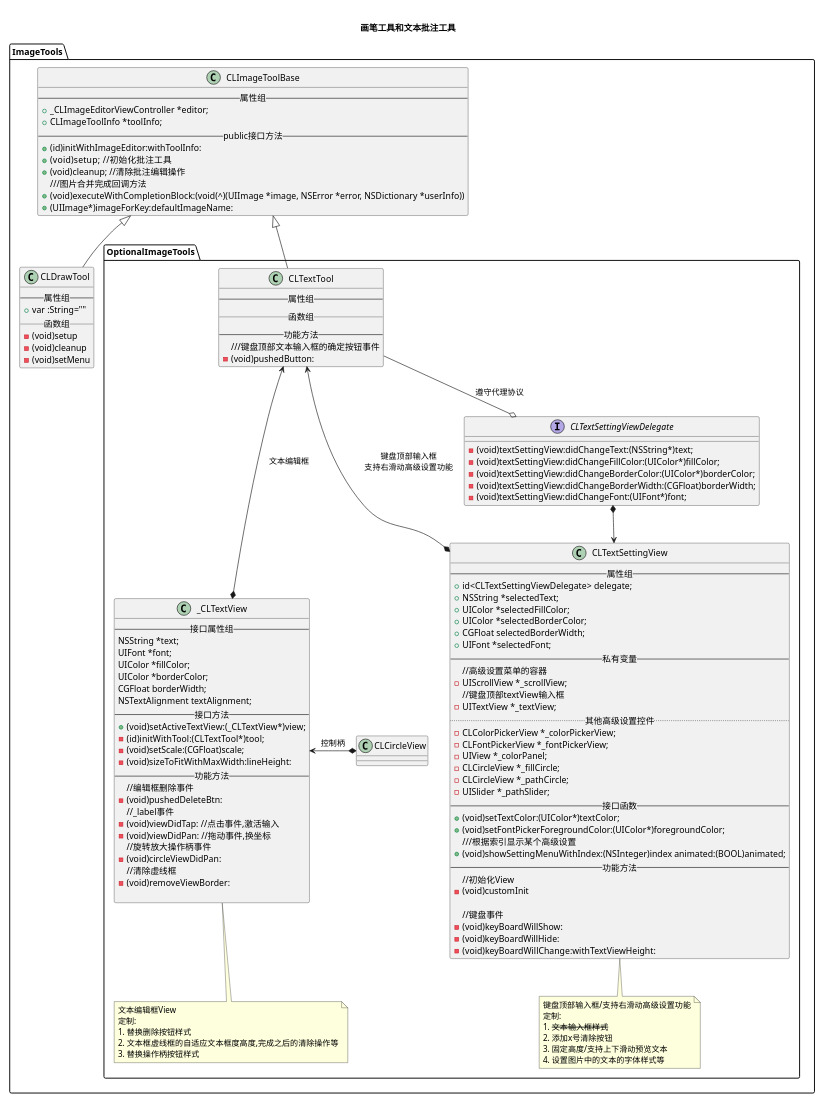
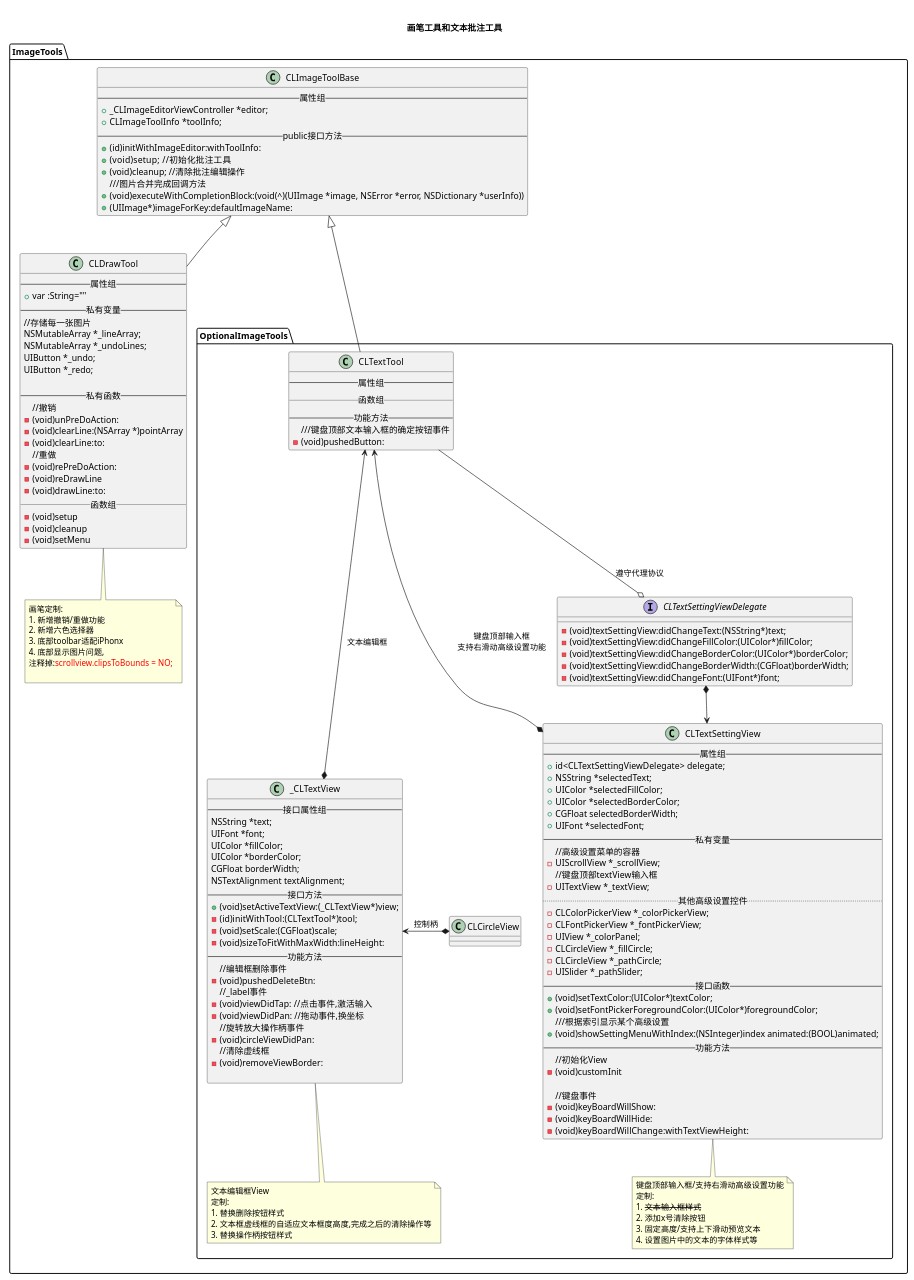
One commit to huos3203/blog changed the second of 3 diagrams in source/_drafts/定制开源的CLImageEditor图片编辑工具.md. Above: the diagram before and after it, drawn with PlantUML. The commit also changed other lines of this file, not shown here.

Commit message:
总结视图问题

```diff
--- a/source/_drafts/定制开源的CLImageEditor图片编辑工具.md
+++ b/source/_drafts/定制开源的CLImageEditor图片编辑工具.md
@@ -194,11 +196,36 @@
     class "CLDrawTool" as drawtool {
         --属性组 --
         + var :String=""
+        --私有变量--
+        //存储每一张图片
+        NSMutableArray *_lineArray;
+        NSMutableArray *_undoLines;
+        UIButton *_undo;
+        UIButton *_redo;
+
+        --私有函数--
+        //撤销
+        -(void)unPreDoAction:
+        -(void)clearLine:(NSArray *)pointArray
+        -(void)clearLine:to:
+        //重做
+        -(void)rePreDoAction:
+        -(void)reDrawLine
+        -(void)drawLine:to:
         __ 函数组__
         - (void)setup
         - (void)cleanup
         - (void)setMenu
     }
+    note bottom of drawtool
+    画笔定制:
+    1. 新增撤销/重做功能
+    2. 新增六色选择器
+    3. 底部toolbar适配iPhonx
+    4. 底部显示图片问题,
+    注释掉:<font color=red>scrollview.clipsToBounds = NO;</font>
+
+    end note
    folder "OptionalImageTools"{
     class "CLTextTool" as texttool {
         --属性组 --
```
